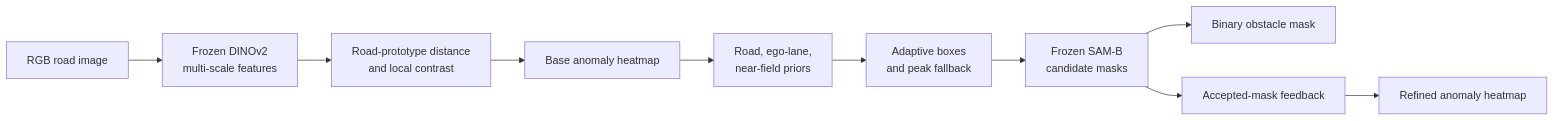
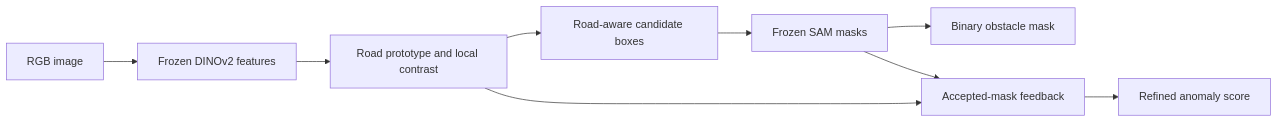
The diagram in README.md (songfy0118/RaOD-ERAS), drawn with Mermaid before and after one commit. The commit also changed other lines of this file and 8 other files, not shown here.

Commit message:
Add standalone road-image inference and public reproduction guide

````diff
--- a/README.md
+++ b/README.md
@@ -25,12 +45,11 @@
 ```mermaid
 flowchart LR
-    A["RGB road image"] --> B["Frozen DINOv2\nmulti-scale features"]
-    B --> C["Road-prototype distance\nand local contrast"]
-    C --> D["Base anomaly heatmap"]
-    D --> E["Road, ego-lane,\nnear-field priors"]
-    E --> F["Adaptive boxes\nand peak fallback"]
-    F --> G["Frozen SAM-B\ncandidate masks"]
-    G --> H["Binary obstacle mask"]
-    G --> I["Accepted-mask feedback"]
-    I --> J["Refined anomaly heatmap"]
+    A[RGB image] --> B[Frozen DINOv2 features]
+    B --> C[Road prototype and local contrast]
+    C --> D[Road-aware candidate boxes]
+    D --> E[Frozen SAM masks]
+    E --> F[Binary obstacle mask]
+    E --> G[Accepted-mask feedback]
+    C --> G
+    G --> H[Refined anomaly score]
 ```
````
